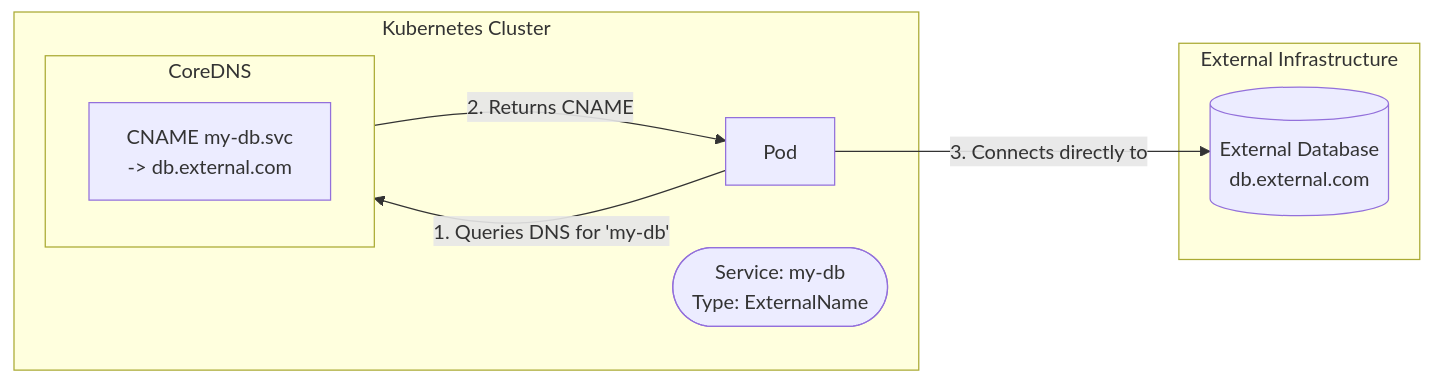
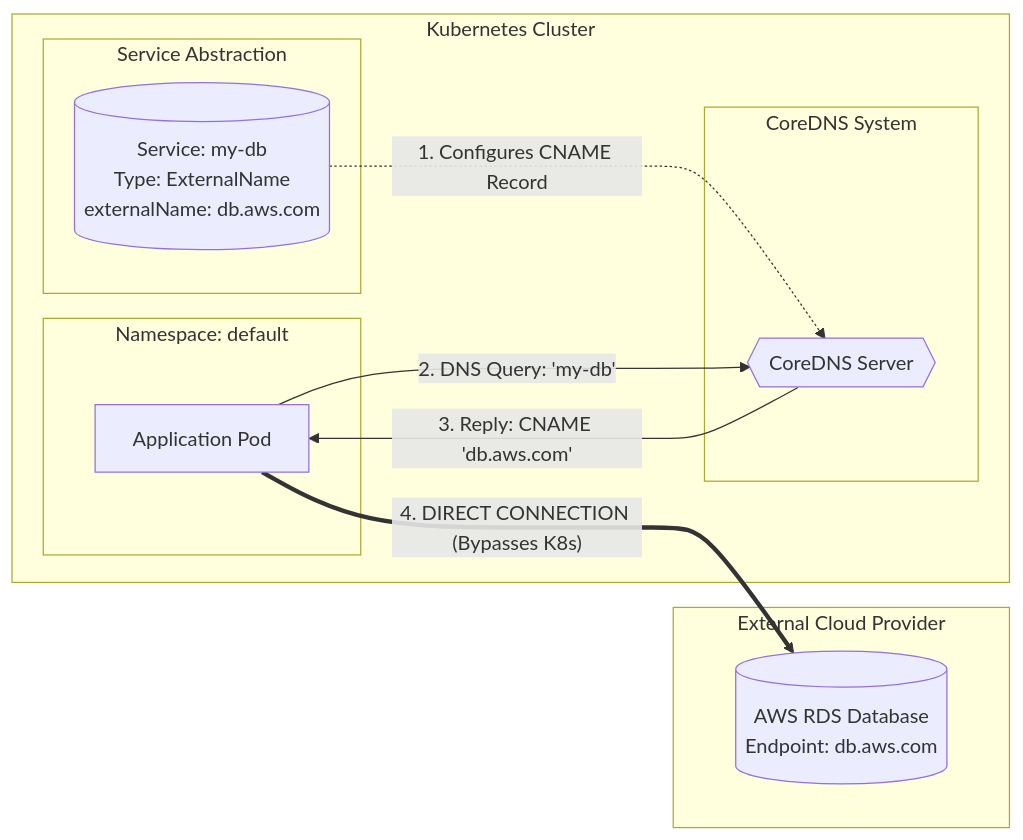
Before and after one commit to Aravind-devops-1/devops_ganesh: the seventh of 9 diagrams in 04-networking/04.01-Networking_Intro.md, drawn with Mermaid. The commit also changed other lines of this file, not shown here.

````diff
--- a/04-networking/04.01-Networking_Intro.md
+++ b/04-networking/04.01-Networking_Intro.md
@@ -305,21 +315,35 @@
 ```mermaid
 graph LR
-    subgraph K8s [Kubernetes Cluster]
-        P[Pod]
-        S([Service: my-db <br/> Type: ExternalName])
+    subgraph K8sCluster [Kubernetes Cluster]
         
-        subgraph DNS [CoreDNS]
-            Record["CNAME my-db.svc <br/> -> db.external.com"]
+        %% The App Layer
+        subgraph AppLayer [Namespace: default]
+            Pod[Application Pod]
+        end
+
+        %% The "Service" (Configuration Only)
+        subgraph ConfigLayer [Service Abstraction]
+            Svc[("Service: my-db <br/> Type: ExternalName <br/> externalName: db.aws.com")]
+        end
+
+        %% The DNS Layer
+        subgraph DNSLayer [CoreDNS System]
+            CoreDNS{{CoreDNS Server}}
         end
     end
 
-    subgraph External [External Infrastructure]
-        E[(External Database <br/> db.external.com)]
+    subgraph AWS [External Cloud Provider]
+        RDS[(AWS RDS Database <br/> Endpoint: db.aws.com)]
     end
 
-    %% Logic Flow
-    P -- "1. Queries DNS for 'my-db'" --> DNS
-    DNS -- "2. Returns CNAME" --> P
-    P -- "3. Connects directly to" --> E
+    %% 1. Configuration (Hidden)
+    Svc -.->|"1. Configures CNAME Record"| CoreDNS
+
+    %% 2. The Lookup (Control Path)
+    Pod -- "2. DNS Query: 'my-db'" --> CoreDNS
+    CoreDNS -- "3. Reply: CNAME 'db.aws.com'" --> Pod
+
+    %% 3. The Connection (Data Path)
+    Pod == "4. DIRECT CONNECTION (Bypasses K8s)" ==> RDS
 
 ```
````
